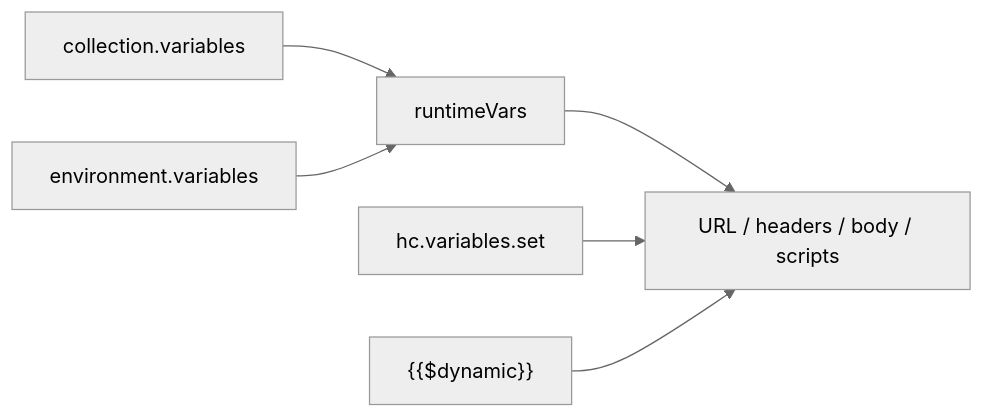
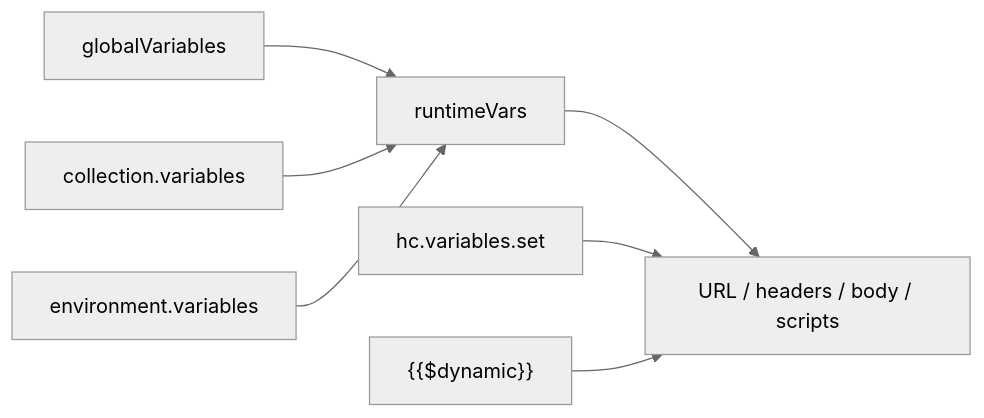
Before and after one commit to headzoo/harborclient: the diagram in docs/environments.md, drawn with Mermaid (neutral theme). The commit also changed other lines of this file and 30 other files, not shown here.

First line of the commit message:
feat(globals): introduce app-wide global variables management

````diff
--- a/docs/environments.md
+++ b/docs/environments.md
@@ -67,8 +67,9 @@
 ```mermaid
 flowchart LR
-  CollectionVars[collection.variables] --> Runtime[runtimeVars]
+  GlobalVars[globalVariables] --> Runtime[runtimeVars]
+  CollectionVars[collection.variables] --> Runtime
   EnvVars[environment.variables] --> Runtime
   Runtime --> Substitute["URL / headers / body / scripts"]
   ScriptSet["hc.variables.set"] --> Substitute
   DynamicVars["{{$dynamic}}"] --> Substitute
 ```
````
